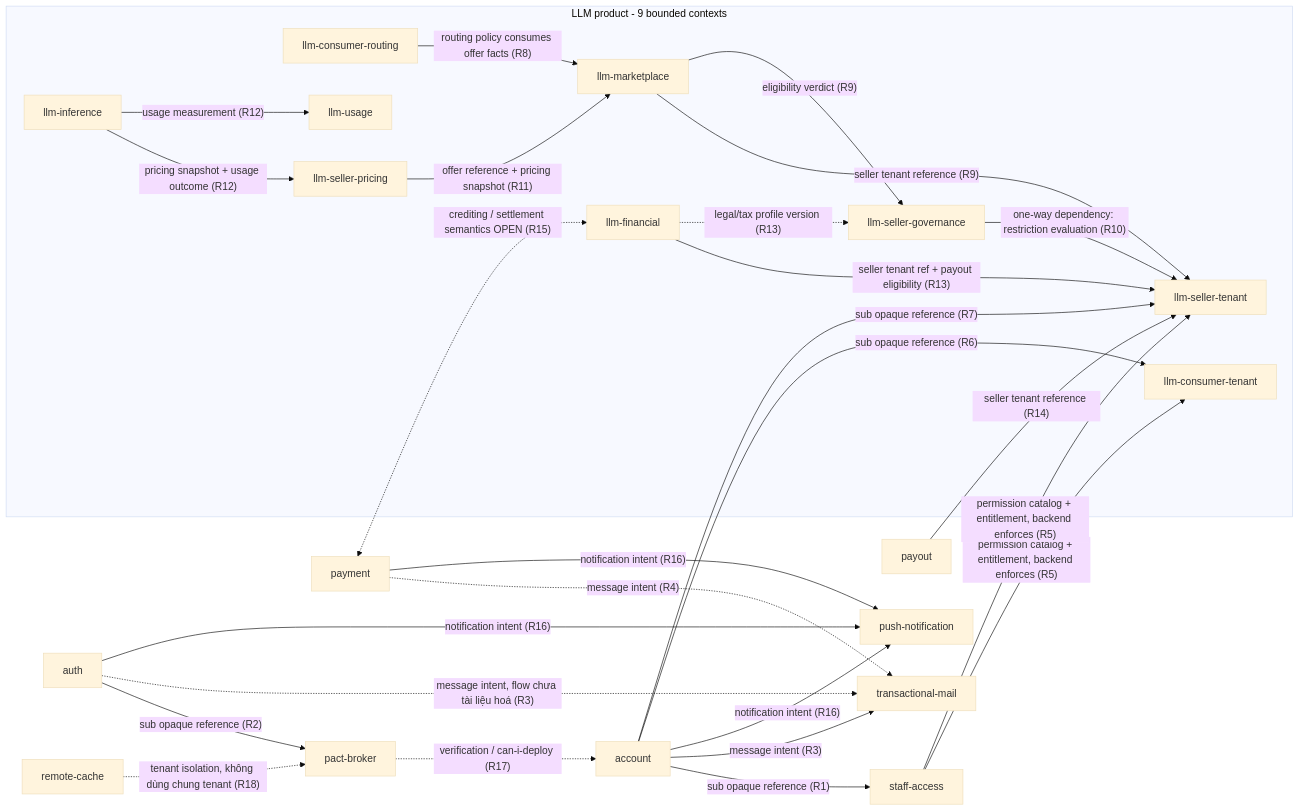
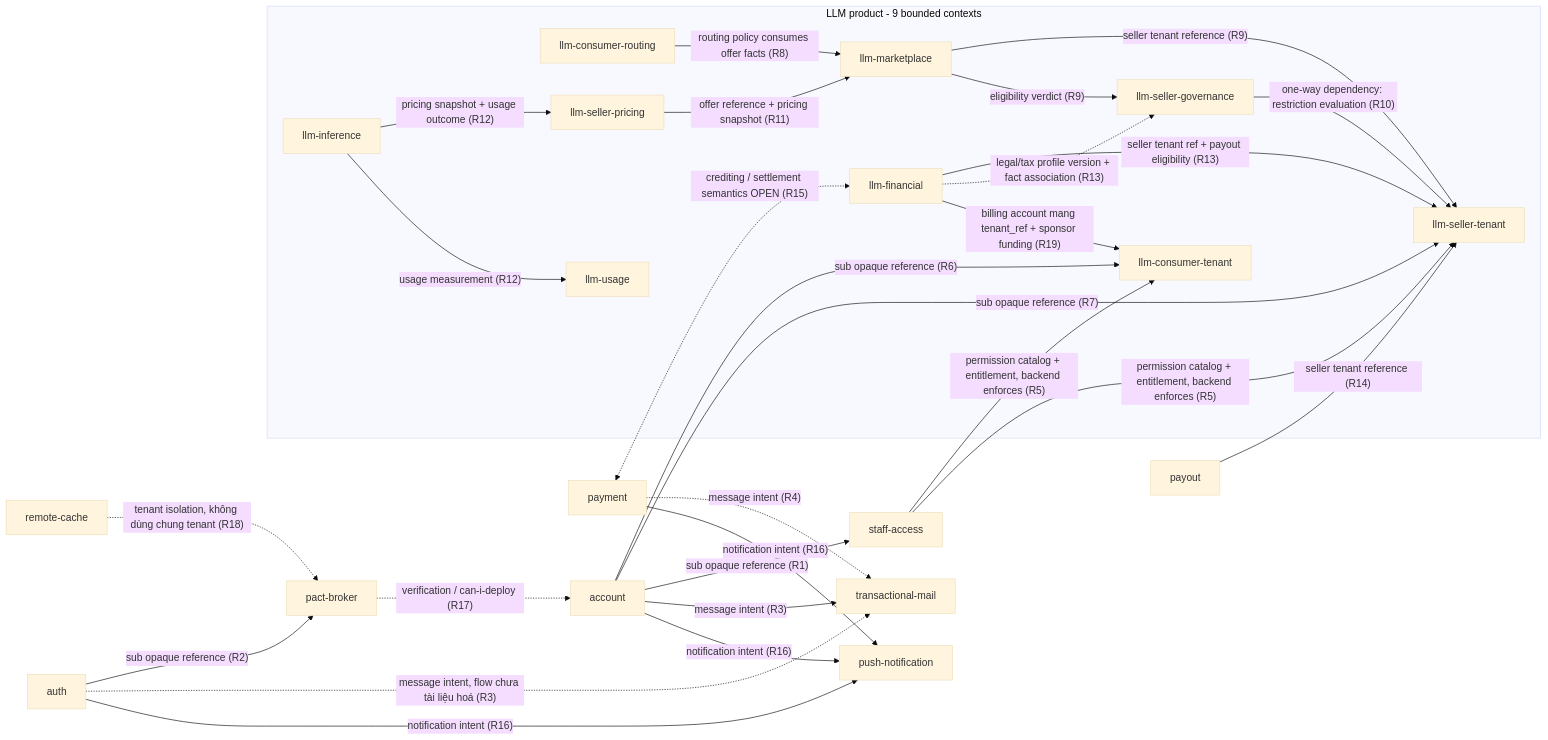
One commit to ecoma-io/ecoma changed the diagram in docs/domains/context-map.md. Above: the diagram before and after it, drawn with Mermaid (base theme). The commit also changed other lines of this file and 23 other files, not shown here.

First line of the commit message:
docs: resolve internal sponsorship funding and first-party financial model (#93)

````diff
--- a/docs/domains/context-map.md
+++ b/docs/domains/context-map.md
@@ -24,49 +24,50 @@
 ```mermaid
 flowchart LR
   account[account]
   auth[auth]
   staffAccess[staff-access]
   pact[pact-broker]
   mail[transactional-mail]
   push[push-notification]
   subgraph llm[LLM product - 9 bounded contexts]
     consumerTenant[llm-consumer-tenant]
     consumerRouting[llm-consumer-routing]
     sellerTenant[llm-seller-tenant]
     sellerGovernance[llm-seller-governance]
     marketplace[llm-marketplace]
     sellerPricing[llm-seller-pricing]
     inference[llm-inference]
     usage[llm-usage]
     financial[llm-financial]
   end
   payment[payment]
   payout[payout]
   remoteCache[remote-cache]
 
   account -- "sub opaque reference (R1)" --> staffAccess
   auth -- "sub opaque reference (R2)" --> pact
   account -- "message intent (R3)" --> mail
   auth -. "message intent, flow chưa tài liệu hoá (R3)" .-> mail
   payment -. "message intent (R4)" .-> mail
   staffAccess -- "permission catalog + entitlement, backend enforces (R5)" --> consumerTenant
   staffAccess -- "permission catalog + entitlement, backend enforces (R5)" --> sellerTenant
   account -- "sub opaque reference (R6)" --> consumerTenant
   account -- "sub opaque reference (R7)" --> sellerTenant
   consumerRouting -- "routing policy consumes offer facts (R8)" --> marketplace
   marketplace -- "seller tenant reference (R9)" --> sellerTenant
   marketplace -- "eligibility verdict (R9)" --> sellerGovernance
   sellerGovernance -- "one-way dependency: restriction evaluation (R10)" --> sellerTenant
   sellerPricing -- "offer reference + pricing snapshot (R11)" --> marketplace
   inference -- "pricing snapshot + usage outcome (R12)" --> sellerPricing
   inference -- "usage measurement (R12)" --> usage
   financial -- "seller tenant ref + payout eligibility (R13)" --> sellerTenant
-  financial -. "legal/tax profile version (R13)" .-> sellerGovernance
+  financial -. "legal/tax profile version + fact association (R13)" .-> sellerGovernance
   payout -- "seller tenant reference (R14)" --> sellerTenant
   payment <-. "crediting / settlement semantics OPEN (R15)" .-> financial
   account -- "notification intent (R16)" --> push
   auth -- "notification intent (R16)" --> push
   payment -- "notification intent (R16)" --> push
   pact -. "verification / can-i-deploy (R17)" .-> account
   remoteCache -. "tenant isolation, không dùng chung tenant (R18)" .-> pact
+  financial -- "billing account mang tenant_ref + sponsor funding (R19)" --> consumerTenant
 ```
````
